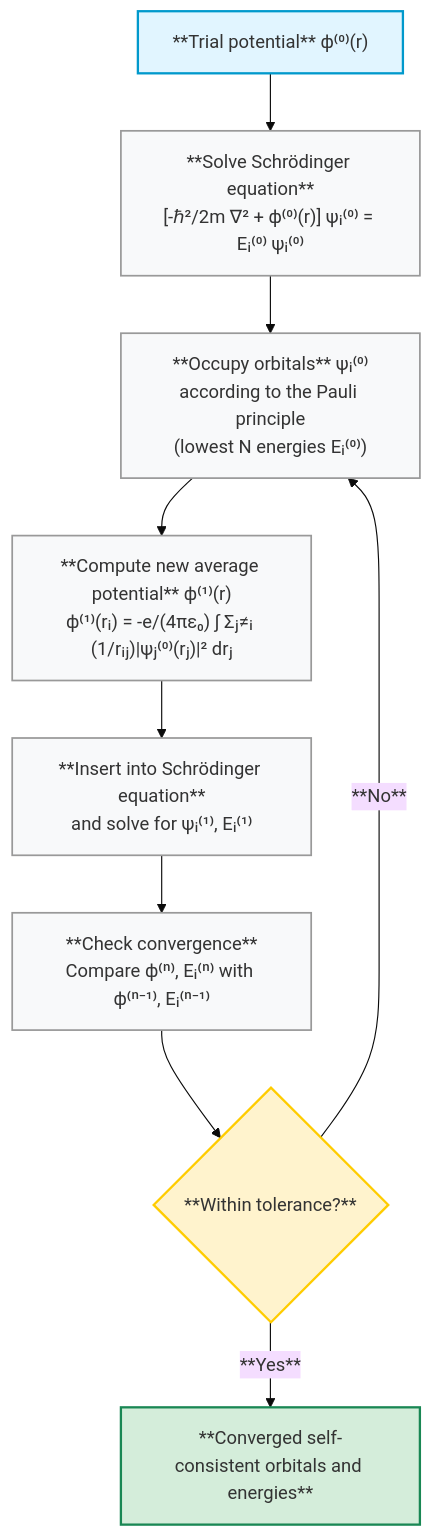
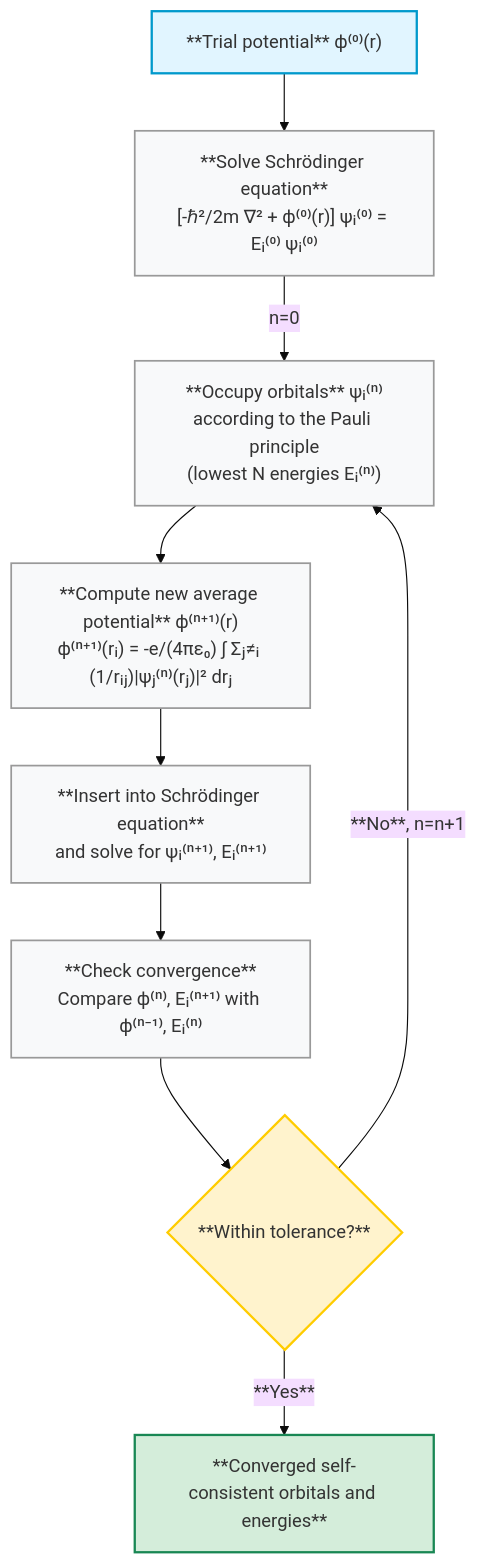
The diagram in phys4343/mod6/.ipynb_checkpoints/hartreefock-checkpoint.qmd (fsch-d/fsch-d.github.io), drawn with Mermaid (base theme) before and after one commit. The commit also changed 5 other files, not shown here.

````diff
--- a/phys4343/mod6/.ipynb_checkpoints/hartreefock-checkpoint.qmd
+++ b/phys4343/mod6/.ipynb_checkpoints/hartreefock-checkpoint.qmd
@@ -189,36 +189,36 @@
 ```{mermaid}
 %%| fig-align: center
 %%| fig-alt: "Flowchart describing the self-consistent Hartree–Fock procedure."
 
 flowchart TD
     Start["**Trial potential** ϕ⁽⁰⁾(r)"] 
         --> SolveSE["**Solve Schrödinger equation**<br/>[-ℏ²/2m ∇² + ϕ⁽⁰⁾(r)] ψᵢ⁽⁰⁾ = Eᵢ⁽⁰⁾ ψᵢ⁽⁰⁾"]
 
     SolveSE 
-        --> Occupy["**Occupy orbitals** ψᵢ⁽⁰⁾<br/>according to the Pauli principle<br/>(lowest N energies Eᵢ⁽⁰⁾)"]
+        --> |n=0|Occupy["**Occupy orbitals** ψᵢ⁽ⁿ⁾<br/>according to the Pauli principle<br/>(lowest N energies Eᵢ⁽ⁿ⁾)"]
 
     Occupy 
-        --> CalcPotential["**Compute new average potential** ϕ⁽¹⁾(r)<br/>ϕ⁽¹⁾(rᵢ) = -e/(4πε₀) ∫ Σⱼ≠ᵢ (1/rᵢⱼ)|ψⱼ⁽⁰⁾(rⱼ)|² drⱼ"]
+        --> CalcPotential["**Compute new average potential** ϕ⁽ⁿ⁺¹⁾(r)<br/>ϕ⁽ⁿ⁺¹⁾(rᵢ) = -e/(4πε₀) ∫ Σⱼ≠ᵢ (1/rᵢⱼ)|ψⱼ⁽ⁿ⁾(rⱼ)|² drⱼ"]
 
     CalcPotential 
-        --> Insert["**Insert into Schrödinger equation**<br/>and solve for ψᵢ⁽¹⁾, Eᵢ⁽¹⁾"]
+        --> Insert["**Insert into Schrödinger equation**<br/>and solve for ψᵢ⁽ⁿ⁺¹⁾, Eᵢ⁽ⁿ⁺¹⁾"]
 
     Insert 
-        --> Check["**Check convergence**<br/>Compare ϕ⁽ⁿ⁾, Eᵢ⁽ⁿ⁾ with ϕ⁽ⁿ⁻¹⁾, Eᵢ⁽ⁿ⁻¹⁾"]
+        --> Check["**Check convergence**<br/>Compare ϕ⁽ⁿ⁾, Eᵢ⁽ⁿ⁺¹⁾ with ϕ⁽ⁿ⁻¹⁾, Eᵢ⁽ⁿ⁾"]
 
     Check 
         --> Decision{"**Within tolerance?**"}
 
-    Decision -->|**No**| Occupy
+    Decision -->|**No**, n=n+1| Occupy
     Decision -->|**Yes**| Result["**Converged self-consistent orbitals and energies**"]
 
     %% Styling (consistent with angular momentum diagrams)
     style Start fill:#e1f5ff,stroke:#0099cc,stroke-width:2px,corner-radius:8px
     style SolveSE fill:#f8f9fa,stroke:#999,stroke-width:1.5px,corner-radius:8px
     style Occupy fill:#f8f9fa,stroke:#999,stroke-width:1.5px,corner-radius:8px
     style CalcPotential fill:#f8f9fa,stroke:#999,stroke-width:1.5px,corner-radius:8px
     style Insert fill:#f8f9fa,stroke:#999,stroke-width:1.5px,corner-radius:8px
     style Check fill:#f8f9fa,stroke:#999,stroke-width:1.5px,corner-radius:8px
     style Decision fill:#fff3cd,stroke:#ffcc00,stroke-width:2px,corner-radius:8px
     style Result fill:#d4edda,stroke:#198754,stroke-width:2px,corner-radius:8px
 ```
````
